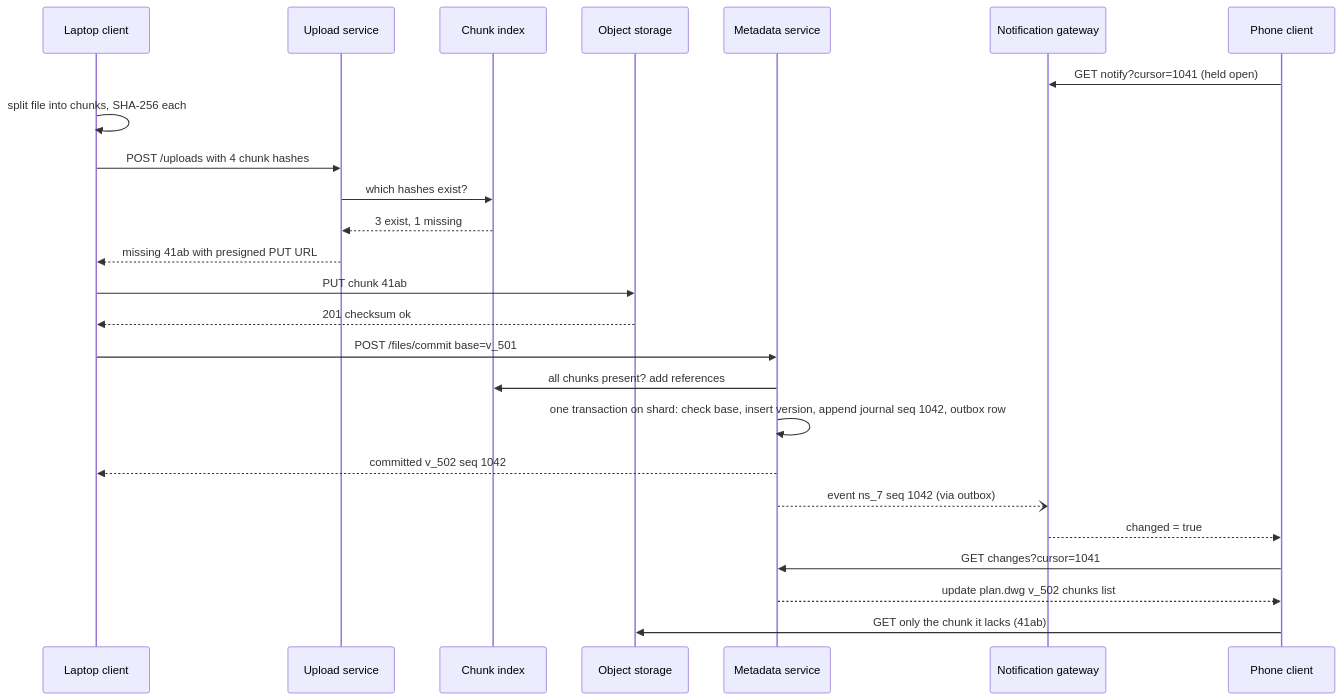
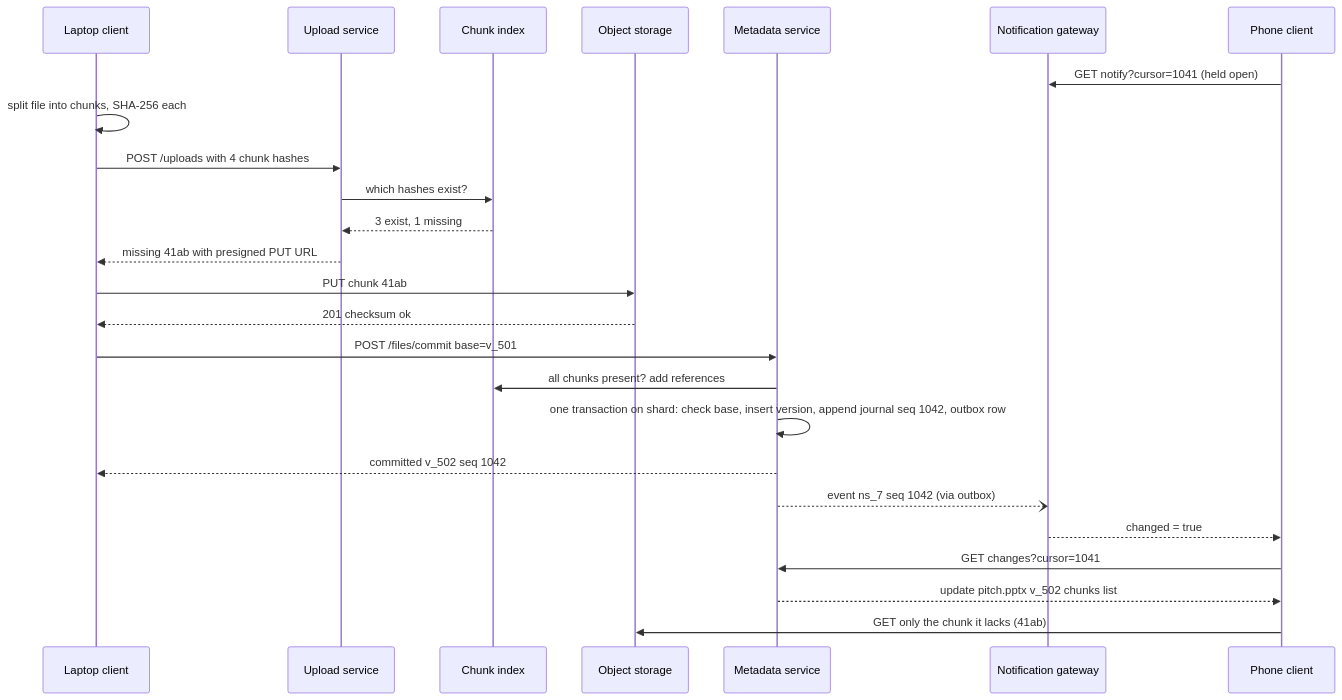
One commit to rizwi0786/system-design-lab changed the second of 2 diagrams in content/lessons/m17/m17-file-storage.md. Above: the diagram before and after it, drawn with Mermaid. The commit also changed other lines of this file and 334 other files, not shown here.

````diff
--- a/content/lessons/m17/m17-file-storage.md
+++ b/content/lessons/m17/m17-file-storage.md
@@ -299,27 +299,27 @@
 ```mermaid
 sequenceDiagram
     participant A as Laptop client
     participant U as Upload service
     participant I as Chunk index
     participant O as Object storage
     participant M as Metadata service
     participant N as Notification gateway
     participant P as Phone client
     P->>N: GET notify?cursor=1041 (held open)
     A->>A: split file into chunks, SHA-256 each
     A->>U: POST /uploads with 4 chunk hashes
     U->>I: which hashes exist?
     I-->>U: 3 exist, 1 missing
     U-->>A: missing 41ab with presigned PUT URL
     A->>O: PUT chunk 41ab
     O-->>A: 201 checksum ok
     A->>M: POST /files/commit base=v_501
     M->>I: all chunks present? add references
     M->>M: one transaction on shard: check base, insert version, append journal seq 1042, outbox row
     M-->>A: committed v_502 seq 1042
     M--)N: event ns_7 seq 1042 (via outbox)
     N-->>P: changed = true
     P->>M: GET changes?cursor=1041
-    M-->>P: update plan.dwg v_502 chunks list
+    M-->>P: update pitch.pptx v_502 chunks list
     P->>O: GET only the chunk it lacks (41ab)
 ```
````
